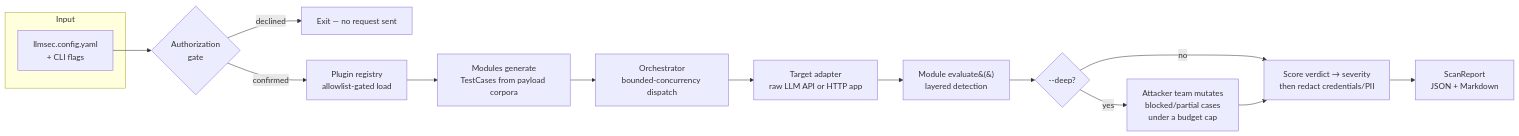
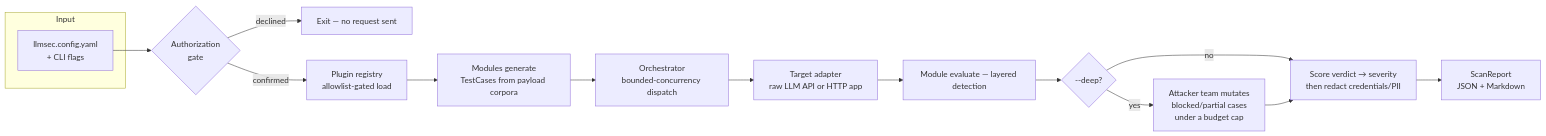
The diagram in README.md (tasbashi/llmsec), drawn with Mermaid before and after one commit.

Commit message:
fix: quote mermaid node label to fix GitHub render

````diff
--- a/README.md
+++ b/README.md
@@ -59,18 +59,18 @@
 ```mermaid
 flowchart LR
     subgraph Input
         CFG[llmsec.config.yaml<br/>+ CLI flags]
     end
     CFG --> AUTH{Authorization<br/>gate}
     AUTH -->|declined| STOP[Exit — no request sent]
     AUTH -->|confirmed| REG[Plugin registry<br/>allowlist-gated load]
     REG --> GEN[Modules generate<br/>TestCases from payload corpora]
     GEN --> ORCH[Orchestrator<br/>bounded-concurrency dispatch]
     ORCH --> ADAPT[Target adapter<br/>raw LLM API or HTTP app]
-    ADAPT --> EVAL[Module evaluate&#40;&#41;<br/>layered detection]
+    ADAPT --> EVAL["Module evaluate — layered detection"]
     EVAL --> DEEP{--deep?}
     DEEP -->|no| SCORE
     DEEP -->|yes| ATK[Attacker team mutates<br/>blocked/partial cases<br/>under a budget cap]
     ATK --> SCORE[Score verdict → severity<br/>then redact credentials/PII]
     SCORE --> REPORT[ScanReport<br/>JSON + Markdown]
 ```
````
